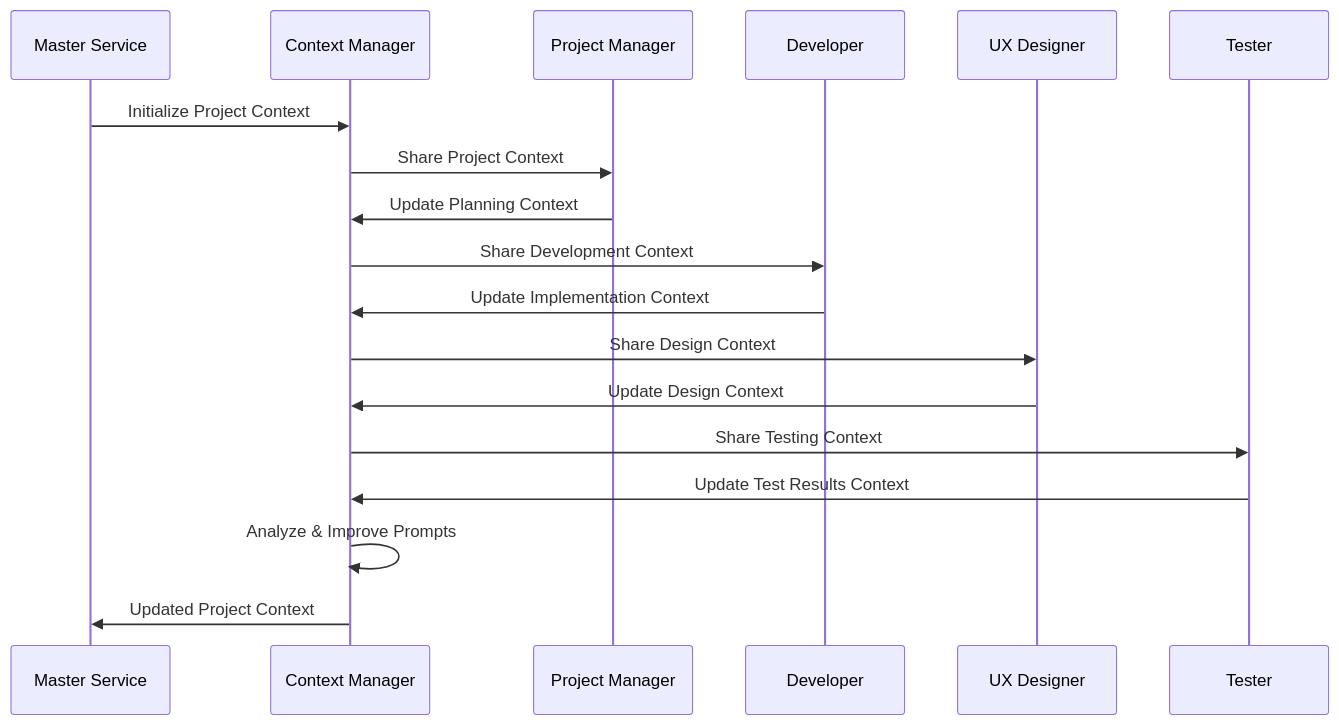
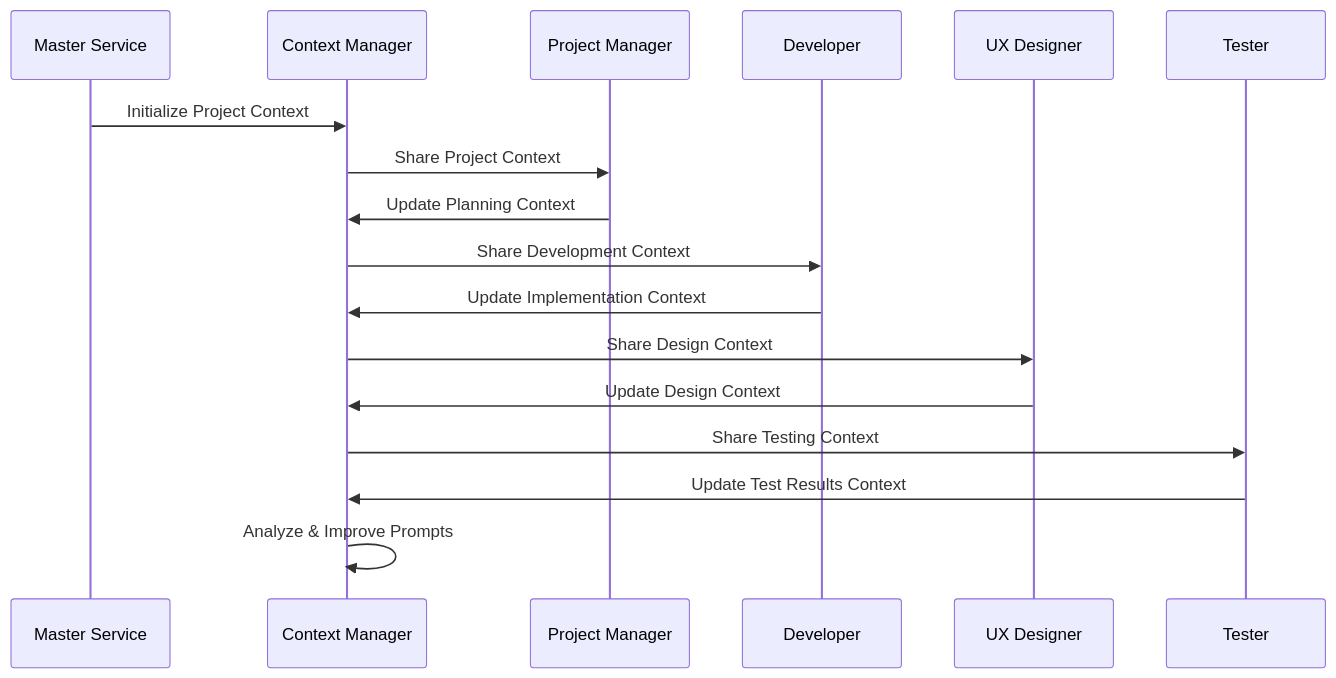
One commit to cahoots-org/cahoots-monorepo changed the sixth of 6 diagrams in docs/event_flows.md. Above: the diagram before and after it, drawn with Mermaid. The commit also changed 102 other files, not shown here.

````diff
--- a/docs/event_flows.md
+++ b/docs/event_flows.md
@@ -141,21 +141,20 @@
 ```mermaid
 sequenceDiagram
     participant Master Service
     participant Context Manager
     participant Project Manager
     participant Developer
     participant UX Designer
     participant Tester
 
     Master Service->>Context Manager: Initialize Project Context
     Context Manager->>Project Manager: Share Project Context
     Project Manager->>Context Manager: Update Planning Context
     Context Manager->>Developer: Share Development Context
     Developer->>Context Manager: Update Implementation Context
     Context Manager->>UX Designer: Share Design Context
     UX Designer->>Context Manager: Update Design Context
     Context Manager->>Tester: Share Testing Context
     Tester->>Context Manager: Update Test Results Context
     Context Manager->>Context Manager: Analyze & Improve Prompts
-    Context Manager->>Master Service: Updated Project Context
 ``` 
````
